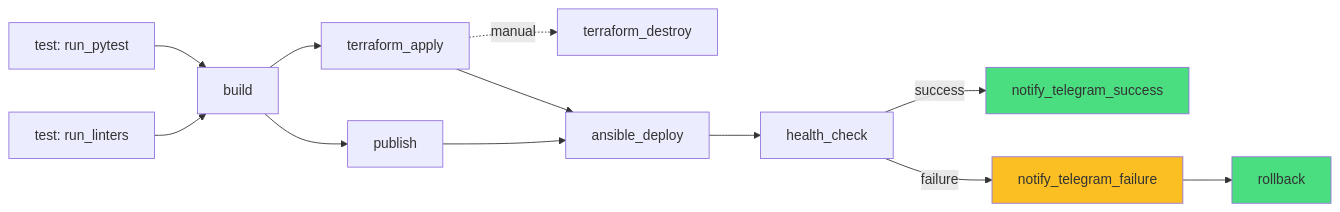
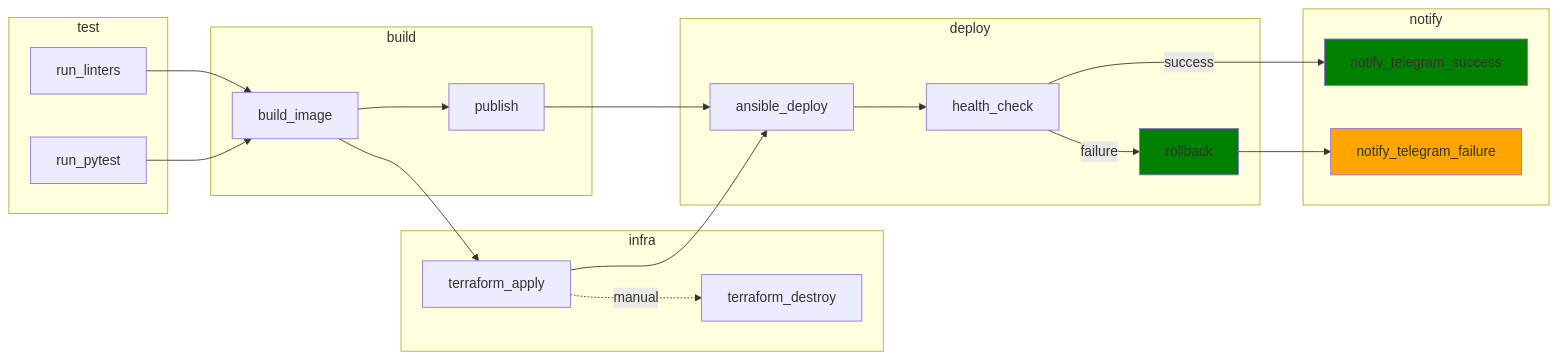
Before and after one commit to AlexeyKuzko/devops_diploma: the diagram in README.md, drawn with Mermaid. The commit also changed other lines of this file and 1 other file, not shown here.

````diff
--- a/README.md
+++ b/README.md
@@ -43,21 +43,44 @@
 ```mermaid
 flowchart LR
-    A[test: run_linters] --> C[build]
-    B[test: run_pytest] --> C
+    subgraph Stage_Test ["test"]
+        A1[run_linters]
+        A2[run_pytest]
+    end
 
-    C --> D[publish]
-    C --> E[terraform_apply]
-    E -. manual .-> K[terraform_destroy]
+    subgraph Stage_Build ["build"]
+        B1[build_image]
+        B2[publish]
+    end
 
-    D --> F[ansible_deploy]
-    E --> F
-    F --> G[health_check]
+    subgraph Stage_Infra ["infra"]
+        C1[terraform_apply]
+        C2[terraform_destroy]
+    end
 
-    G -->|success| L[notify_telegram_success]
-    G -->|failure| I[notify_telegram_failure]
-    I --> M[rollback]
+    subgraph Stage_Deploy ["deploy"]
+        D1[ansible_deploy]
+        D2[health_check]
+        D3[rollback]
+    end
 
-    style L fill:#4ade80
-    style M fill:#4ade80
-    style I fill:#fbbf24
+    subgraph Stage_Notify ["notify"]
+        E1[notify_telegram_success]
+        E2[notify_telegram_failure]
+    end
+
+    A1 --> B1
+    A2 --> B1
+    B1 --> B2
+    B1 --> C1
+    B2 --> D1
+    C1 -. manual .-> C2
+    C1 --> D1
+    D1 --> D2
+    D2 -->|success| E1
+    D2 -->|failure| D3
+    D3 --> E2
+
+    style D3 fill:green
+    style E1 fill:green
+    style E2 fill:orange
 ```
````
